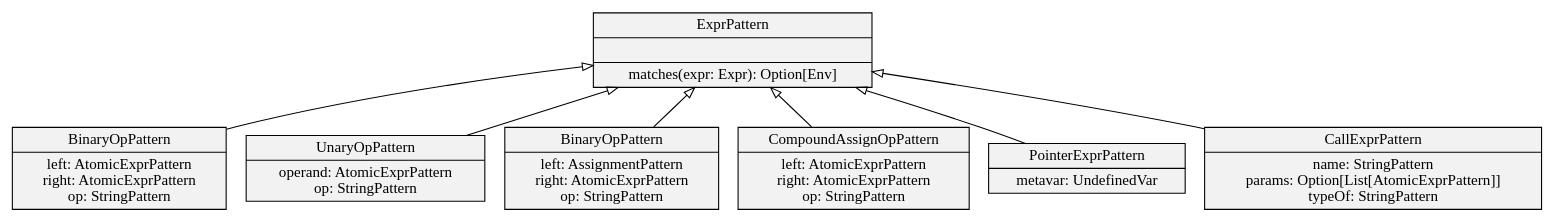
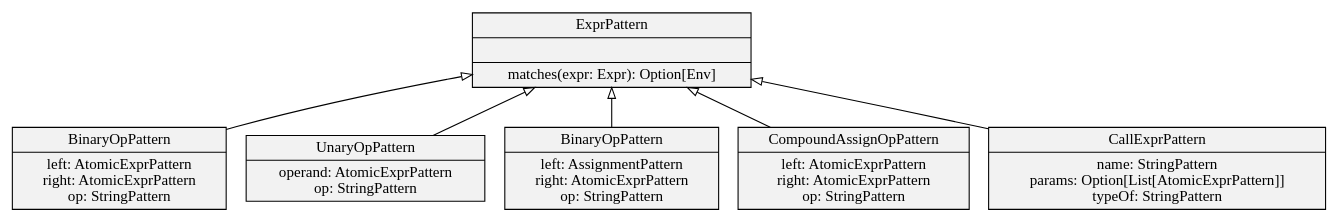
The diagram in docs/Architecture document/V2/data/expr_pattern.dot (jxw1102/Projet-merou), drawn with Graphviz before and after one commit. The commit also changed 34 other files, not shown here.

```diff
--- a/docs/Architecture document/V2/data/expr_pattern.dot
+++ b/docs/Architecture document/V2/data/expr_pattern.dot
@@ -1,21 +1,19 @@
 digraph hierarchy {
 	node[shape=record,style=filled,fillcolor=gray95]
 	edge[dir=back, arrowtail=empty]
 
     // nodes
 	0 [label="{ExprPattern||matches(expr: Expr): Option[Env]}"]	
 	1 [label="{BinaryOpPattern|left: AtomicExprPattern\nright: AtomicExprPattern\nop: StringPattern}"]
 	2[label="{UnaryOpPattern|operand: AtomicExprPattern\nop: StringPattern}"]
 	3 [label="{BinaryOpPattern|left: AssignmentPattern\nright: AtomicExprPattern\nop: StringPattern}"]
 	4 [label="{CompoundAssignOpPattern|left: AtomicExprPattern\nright: AtomicExprPattern\nop: StringPattern}"]
-	5 [label="{PointerExprPattern|metavar: UndefinedVar}"]
-	6 [label="{CallExprPattern|name: StringPattern\nparams: Option[List[AtomicExprPattern]]\ntypeOf: StringPattern}"]
+	5 [label="{CallExprPattern|name: StringPattern\nparams: Option[List[AtomicExprPattern]]\ntypeOf: StringPattern}"]
 	
     // links    
 	0 -> 1
 	0 -> 2
 	0 -> 3
 	0 -> 4
 	0 -> 5
-	0 -> 6
 }
```
